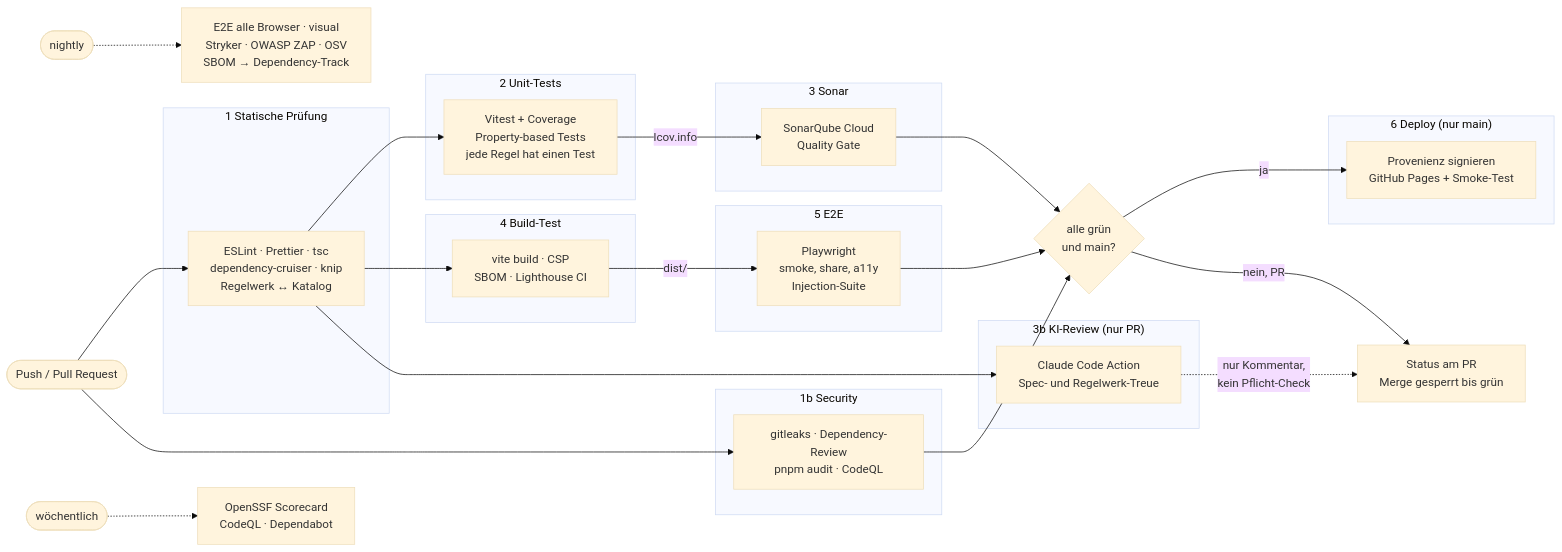
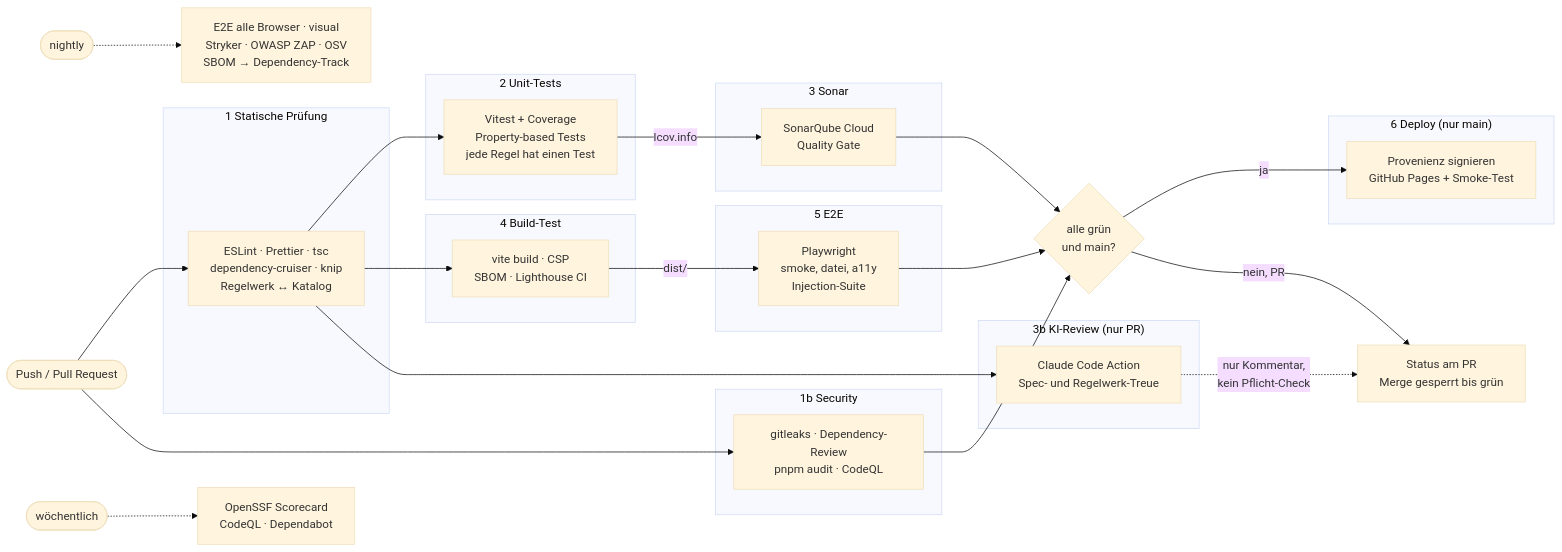
One commit to jurie2000/ti-visualizer changed the seventh of 10 diagrams in specs/001-ti-visualizer-baukasten/architektur.md. Above: the diagram before and after it, drawn with Mermaid (base theme). The commit also changed other lines of this file and 8 other files, not shown here.

````diff
--- a/specs/001-ti-visualizer-baukasten/architektur.md
+++ b/specs/001-ti-visualizer-baukasten/architektur.md
@@ -232,46 +468,46 @@
 ```mermaid
 flowchart LR
     trigger(["Push / Pull Request"])
 
     subgraph s1["1 Statische Prüfung"]
         lint["ESLint · Prettier · tsc<br/>dependency-cruiser · knip<br/>Regelwerk ↔ Katalog"]
     end
     subgraph s1b["1b Security"]
         sec["gitleaks · Dependency-Review<br/>pnpm audit · CodeQL"]
     end
     subgraph s2["2 Unit-Tests"]
         unit["Vitest + Coverage<br/>Property-based Tests<br/>jede Regel hat einen Test"]
     end
     subgraph s3["3 Sonar"]
         sonar["SonarQube Cloud<br/>Quality Gate"]
     end
     subgraph s3b["3b KI-Review (nur PR)"]
         ai["Claude Code Action<br/>Spec- und Regelwerk-Treue"]
     end
     subgraph s4["4 Build-Test"]
         build["vite build · CSP<br/>SBOM · Lighthouse CI"]
     end
     subgraph s5["5 E2E"]
-        e2e["Playwright<br/>smoke, share, a11y<br/>Injection-Suite"]
+        e2e["Playwright<br/>smoke, datei, a11y<br/>Injection-Suite"]
     end
     subgraph s6["6 Deploy (nur main)"]
         deploy["Provenienz signieren<br/>GitHub Pages + Smoke-Test"]
     end
 
     trigger --> lint
     trigger --> sec
     sec --> gate
     lint --> unit
     lint --> build
     unit -- "lcov.info" --> sonar
     lint --> ai
     ai -. "nur Kommentar,<br/>kein Pflicht-Check" .-> pr
     build -- "dist/" --> e2e
     sonar --> gate{"alle grün<br/>und main?"}
     e2e --> gate
     gate -- "ja" --> deploy
     gate -- "nein, PR" --> pr["Status am PR<br/>Merge gesperrt bis grün"]
 
     nightly(["nightly"]) -.-> full["E2E alle Browser · visual<br/>Stryker · OWASP ZAP · OSV<br/>SBOM → Dependency-Track"]
     weekly(["wöchentlich"]) -.-> score["OpenSSF Scorecard<br/>CodeQL · Dependabot"]
 ```
````
